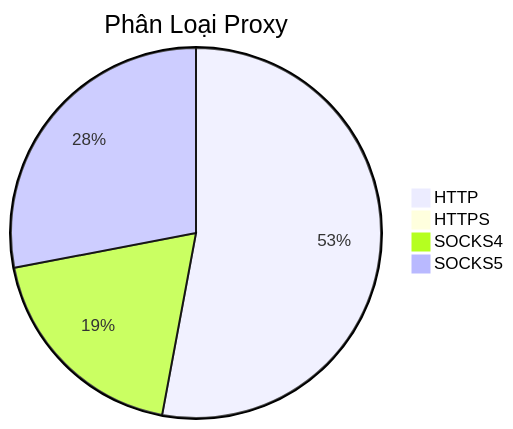
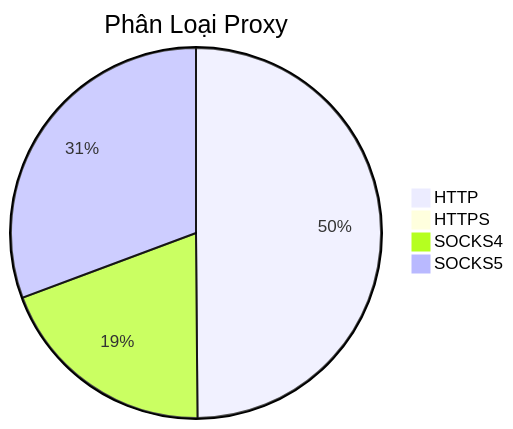
One commit to Ciara-12/PROXY-free changed the diagram in README.md. Above: the diagram before and after it, drawn with Mermaid. The commit also changed other lines of this file and 3 other files, not shown here.

````diff
--- a/README.md
+++ b/README.md
@@ -26,7 +26,7 @@
 ```mermaid
 pie title Phân Loại Proxy
-    "HTTP" : 975
+    "HTTP" : 764
     "HTTPS" : 0
-    "SOCKS4" : 351
-    "SOCKS5" : 516
+    "SOCKS4" : 298
+    "SOCKS5" : 470
 ```
````
